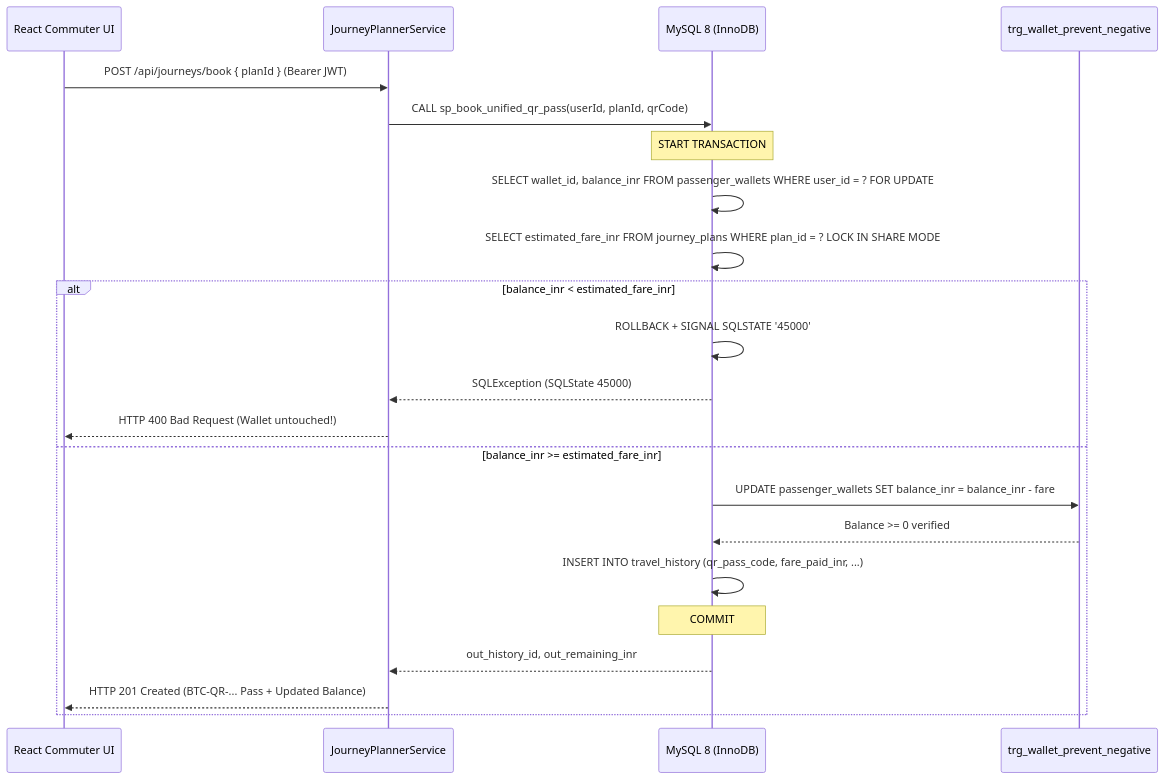
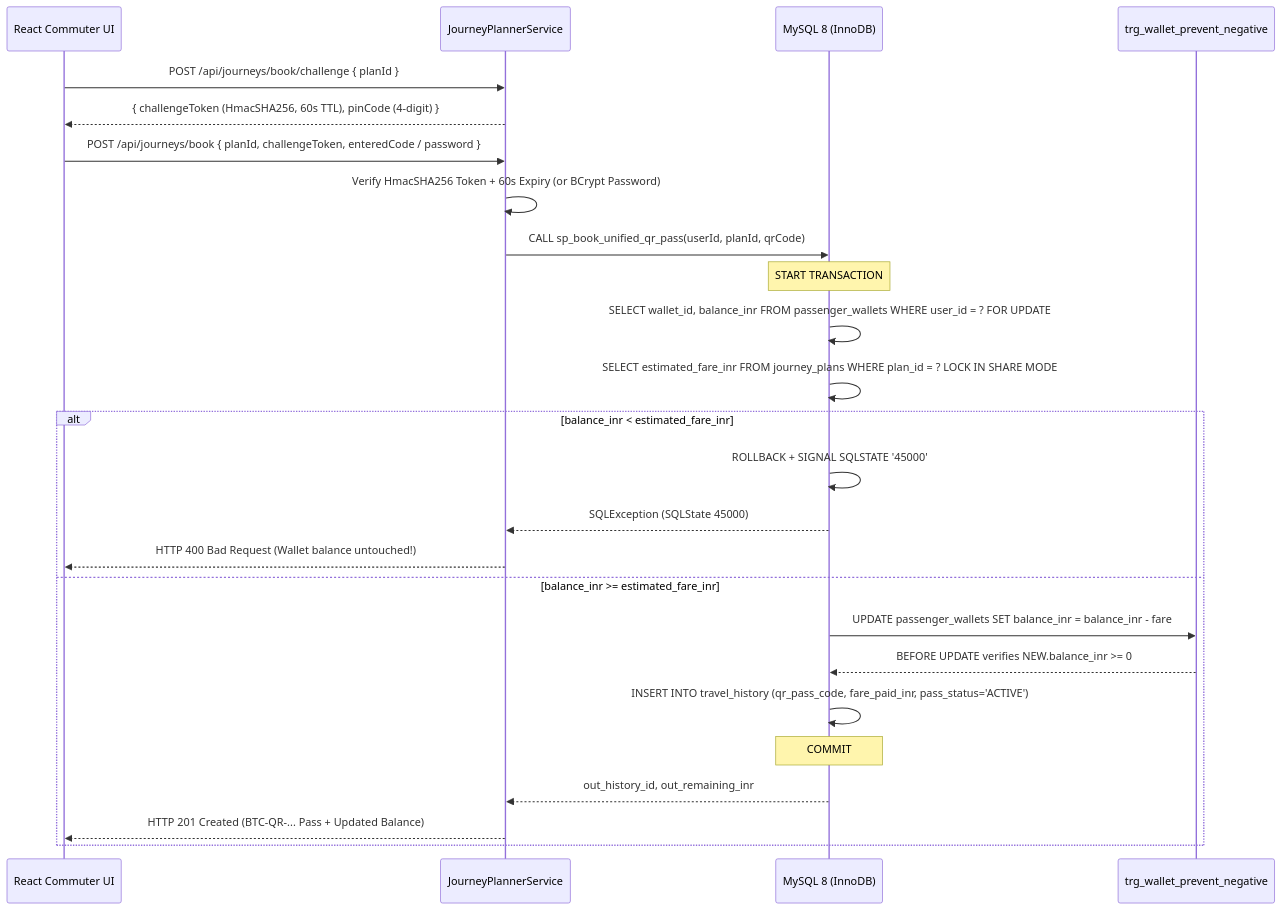
Before and after one commit to abdulsalam025/Bengaluru-TransitConnect: the third of 4 diagrams in README.md, drawn with Mermaid. The commit also changed other lines of this file and 2 other files, not shown here.

````diff
--- a/README.md
+++ b/README.md
@@ -136,25 +242,28 @@
-~~~mermaid
+```mermaid
 sequenceDiagram
     participant C as React Commuter UI
     participant S as JourneyPlannerService
     participant M as MySQL 8 (InnoDB)
     participant T as trg_wallet_prevent_negative
 
-    C->>S: POST /api/journeys/book { planId } (Bearer JWT)
+    C->>S: POST /api/journeys/book/challenge { planId }
+    S-->>C: { challengeToken (HmacSHA256, 60s TTL), pinCode (4-digit) }
+    C->>S: POST /api/journeys/book { planId, challengeToken, enteredCode / password }
+    S->>S: Verify HmacSHA256 Token + 60s Expiry (or BCrypt Password)
     S->>M: CALL sp_book_unified_qr_pass(userId, planId, qrCode)
     Note over M: START TRANSACTION
     M->>M: SELECT wallet_id, balance_inr FROM passenger_wallets WHERE user_id = ? FOR UPDATE
     M->>M: SELECT estimated_fare_inr FROM journey_plans WHERE plan_id = ? LOCK IN SHARE MODE
     alt balance_inr < estimated_fare_inr
         M->>M: ROLLBACK + SIGNAL SQLSTATE '45000'
         M-->>S: SQLException (SQLState 45000)
-        S-->>C: HTTP 400 Bad Request (Wallet untouched!)
+        S-->>C: HTTP 400 Bad Request (Wallet balance untouched!)
     else balance_inr >= estimated_fare_inr
         M->>T: UPDATE passenger_wallets SET balance_inr = balance_inr - fare
-        T-->>M: Balance >= 0 verified
-        M->>M: INSERT INTO travel_history (qr_pass_code, fare_paid_inr, ...)
+        T-->>M: BEFORE UPDATE verifies NEW.balance_inr >= 0
+        M->>M: INSERT INTO travel_history (qr_pass_code, fare_paid_inr, pass_status='ACTIVE')
         Note over M: COMMIT
         M-->>S: out_history_id, out_remaining_inr
         S-->>C: HTTP 201 Created (BTC-QR-... Pass + Updated Balance)
     end
-~~~
+```
````
